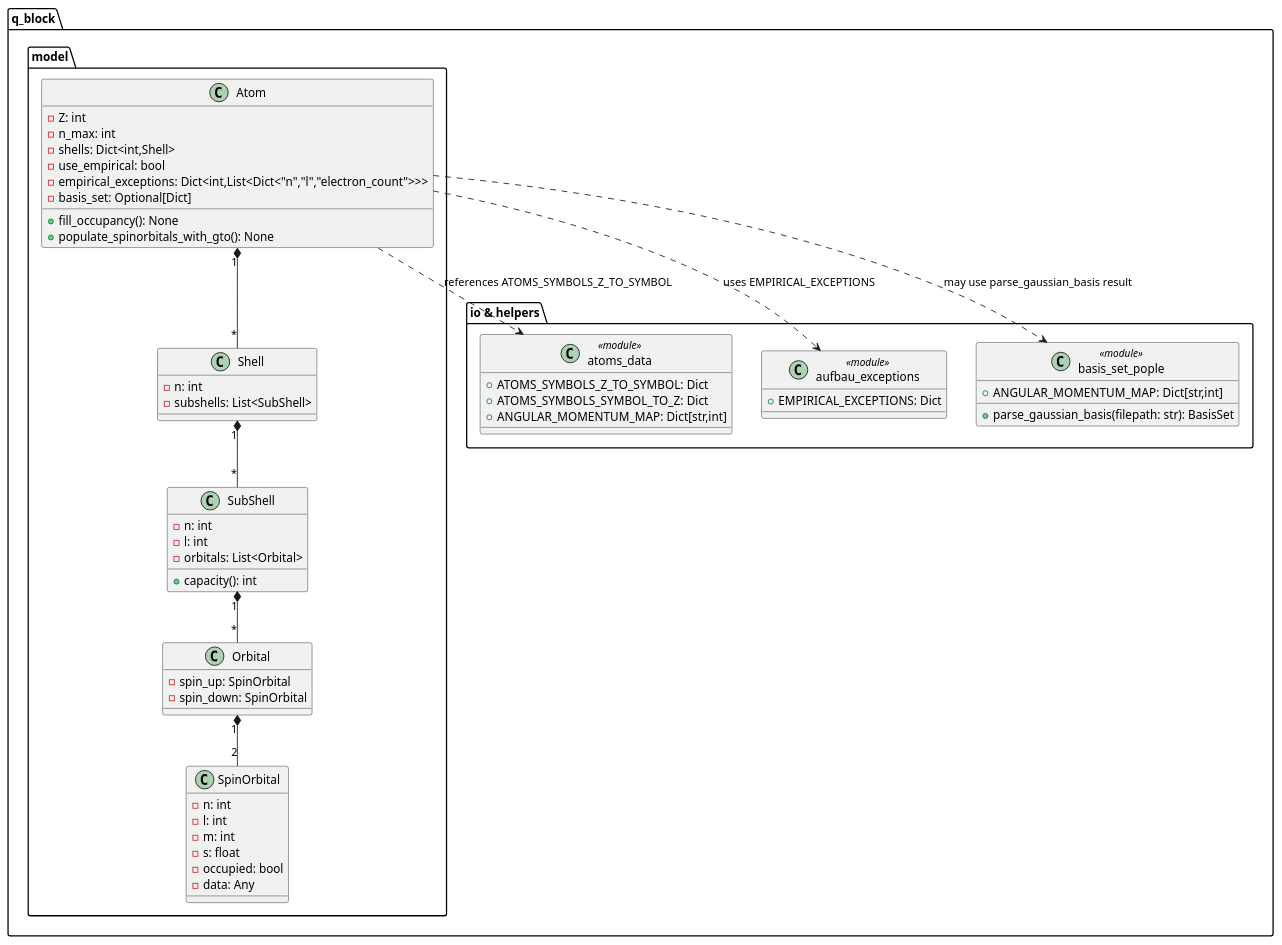
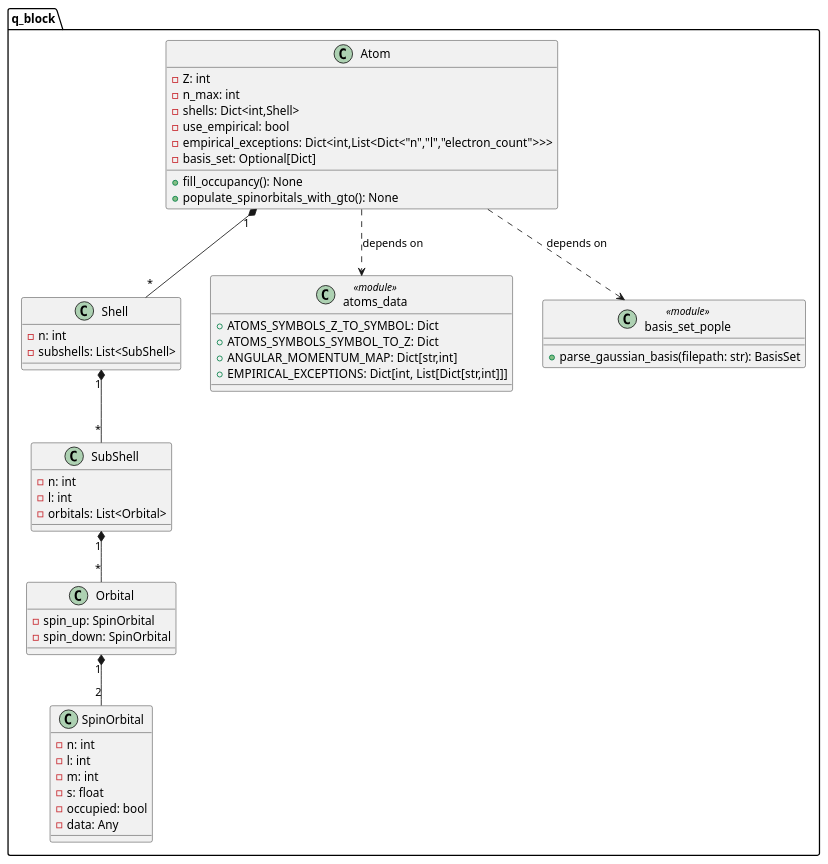
Before and after one commit to milosz-martynow/qBlock: the diagram in architecture/bdd_q_block.puml, drawn with PlantUML. The commit also changed 5 other files, not shown here.

```diff
--- a/architecture/bdd_q_block.puml
+++ b/architecture/bdd_q_block.puml
@@ -1,65 +1,57 @@
 @startuml
 ' Block Definition Diagram for package q_block
 package "q_block" {
-  package "model" {
     class "SpinOrbital" {
       - n: int
       - l: int
       - m: int
       - s: float
       - occupied: bool
       - data: Any
     }
     class "Orbital" {
       - spin_up: SpinOrbital
       - spin_down: SpinOrbital
     }
     class "SubShell" {
       - n: int
       - l: int
       - orbitals: List<Orbital>
-      + capacity(): int
     }
     class "Shell" {
       - n: int
       - subshells: List<SubShell>
     }
     class "Atom" {
       - Z: int
       - n_max: int
       - shells: Dict<int,Shell>
       - use_empirical: bool
       - empirical_exceptions: Dict<int,List<Dict<"n","l","electron_count">>>
       - basis_set: Optional[Dict]
       + fill_occupancy(): None
       + populate_spinorbitals_with_gto(): None
-    }
   }
 
-  package "io & helpers" {
     class "atoms_data" as AD <<module>> {
       + ATOMS_SYMBOLS_Z_TO_SYMBOL: Dict
       + ATOMS_SYMBOLS_SYMBOL_TO_Z: Dict
       + ANGULAR_MOMENTUM_MAP: Dict[str,int]
+      + EMPIRICAL_EXCEPTIONS: Dict[int, List[Dict[str,int]]]
     }
-    class "aufbau_exceptions" as AE <<module>> {
-      + EMPIRICAL_EXCEPTIONS: Dict
-    }
+
     class "basis_set_pople" as BSP <<module>> {
       + parse_gaussian_basis(filepath: str): BasisSet
-      + ANGULAR_MOMENTUM_MAP: Dict[str,int]
     }
-  }
 }
 
 ' Relationships
 "Atom" "1" *-- "*" "Shell"
 "Shell" "1" *-- "*" "SubShell"
 "SubShell" "1" *-- "*" "Orbital"
 "Orbital" "1" *-- "2" "SpinOrbital"
 
-"Atom" ..> AE : uses EMPIRICAL_EXCEPTIONS
-"Atom" ..> AD : references ATOMS_SYMBOLS_Z_TO_SYMBOL
-"Atom" ..> BSP : may use parse_gaussian_basis result
+"Atom" ..> AD : depends on
+"Atom" ..> BSP : depends on
 
 @enduml
```
